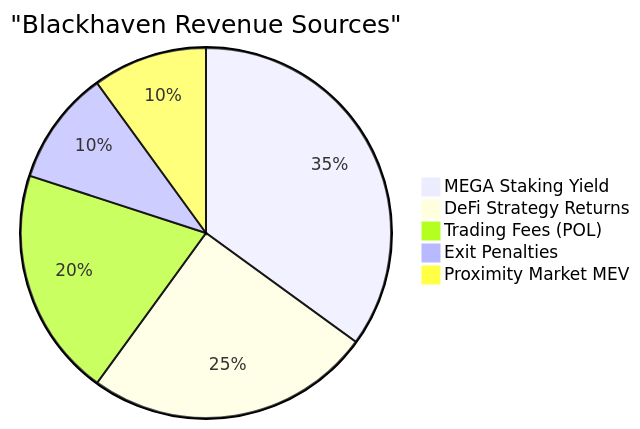
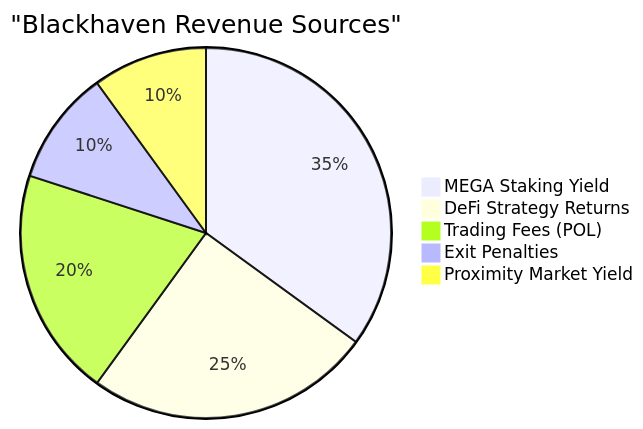
The seventh of 10 diagrams in blackhaven-economics-visual.md (0xJaehaerys/ohmega), drawn with Mermaid before and after one commit. The commit also changed 5 other files, not shown here.

First line of the commit message:
Fix: Remove speculative MEV revenue claims for Proximity Markets

````diff
--- a/blackhaven-economics-visual.md
+++ b/blackhaven-economics-visual.md
@@ -213,8 +213,8 @@
 ```mermaid
 pie title "Blackhaven Revenue Sources"
     "MEGA Staking Yield" : 35
     "DeFi Strategy Returns" : 25
     "Trading Fees (POL)" : 20
     "Exit Penalties" : 10
-    "Proximity Market MEV" : 10
+    "Proximity Market Yield" : 10
 ```
````
